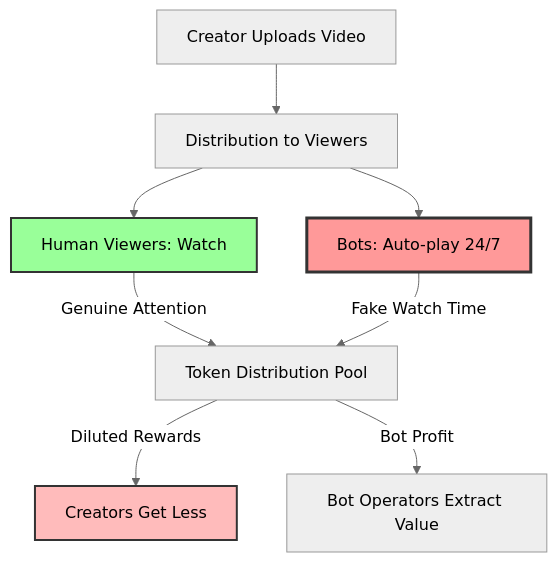
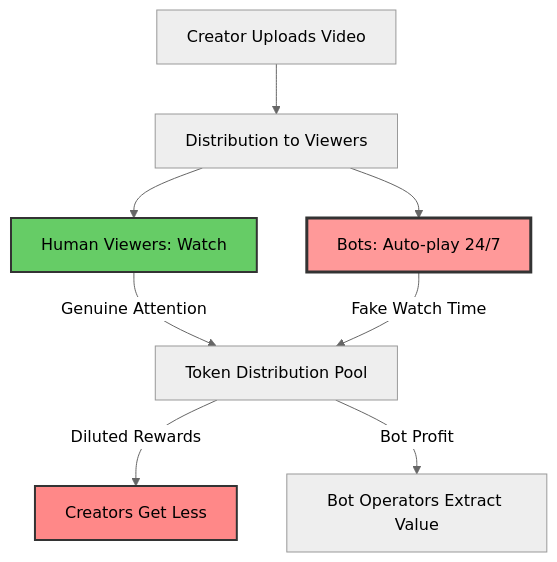
Before and after one commit to ljg-cqu/knowledge: the ninth of 16 diagrams in Industry/Blockchain/Blockchain/ValueChain/QA_DeepSeek.md, drawn with Mermaid (neutral theme). The commit also changed other lines of this file and 6 other files, not shown here.

````diff
--- a/Industry/Blockchain/Blockchain/ValueChain/QA_DeepSeek.md
+++ b/Industry/Blockchain/Blockchain/ValueChain/QA_DeepSeek.md
@@ -814,16 +814,16 @@
 ```mermaid
 graph TD
     A[Creator Uploads Video] --> B[Distribution to Viewers]
     B --> C[Human Viewers: Watch]
     B --> D[Bots: Auto-play 24/7]
     
     C -->|Genuine Attention| E[Token Distribution Pool]
     D -->|Fake Watch Time| E
     
     E -->|Diluted Rewards| F[Creators Get Less]
     E -->|Bot Profit| G[Bot Operators Extract Value]
     
-    style C fill:#9f9,stroke:#333,stroke-width:2px
+    style C fill:#6c6,stroke:#333,stroke-width:2px
     style D fill:#f99,stroke:#333,stroke-width:3px
-    style F fill:#fbb,stroke:#333,stroke-width:2px
+    style F fill:#f88,stroke:#333,stroke-width:2px
 ```
````
